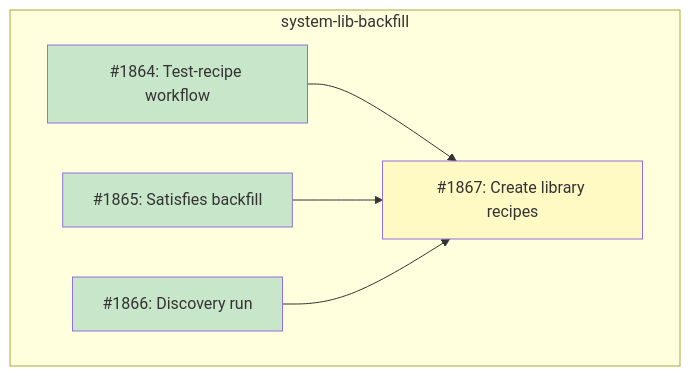
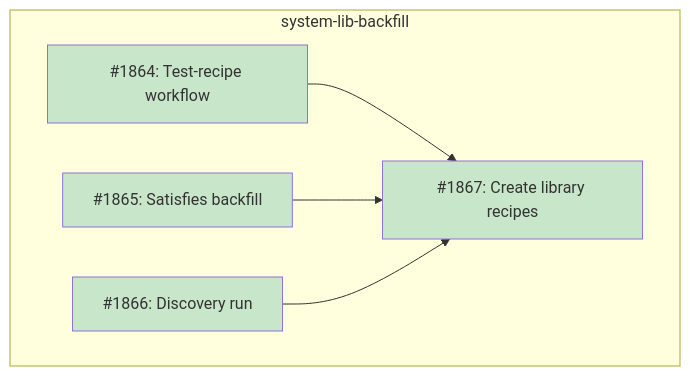
The diagram in docs/designs/DESIGN-system-lib-backfill.md (tsukumogami/tsuku), drawn with Mermaid before and after one commit. The commit also changed other lines of this file and 1 other file, not shown here.

Commit message:
chore: mark #1867 as done, all design issues complete

````diff
--- a/docs/designs/DESIGN-system-lib-backfill.md
+++ b/docs/designs/DESIGN-system-lib-backfill.md
@@ -59,23 +59,23 @@
 ```mermaid
 graph TD
     subgraph M_SystemLibBackfill["system-lib-backfill"]
         I1864["#1864: Test-recipe workflow"]
         I1865["#1865: Satisfies backfill"]
         I1866["#1866: Discovery run"]
         I1867["#1867: Create library recipes"]
     end
 
     I1864 --> I1867
     I1865 --> I1867
     I1866 --> I1867
 
     classDef done fill:#c8e6c9
     classDef ready fill:#bbdefb
     classDef blocked fill:#fff9c4
     classDef needsDesign fill:#e1bee7
 
     class I1864 done
     class I1865 done
     class I1866 done
-    class I1867 blocked
+    class I1867 done
 ```
````
